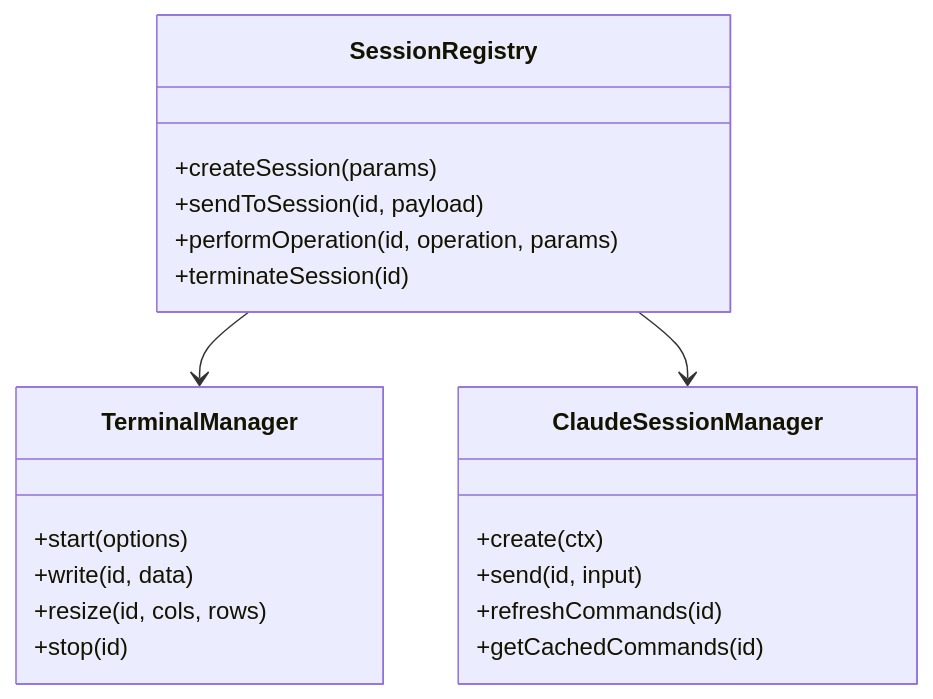
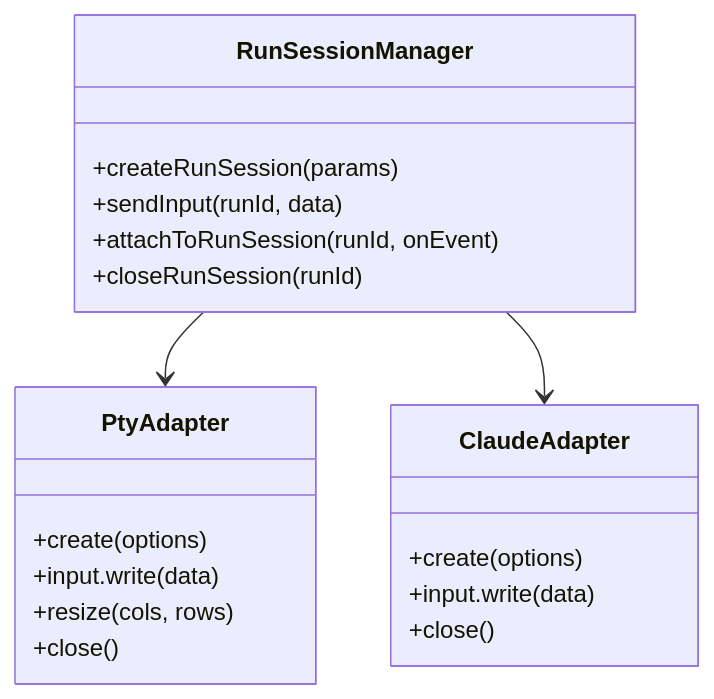
The fifth of 13 diagrams in docs/ARCHITECTURE.md (fwdslsh/dispatch), drawn with Mermaid before and after one commit. The commit also changed other lines of this file and 56 other files, not shown here.

````diff
--- a/docs/ARCHITECTURE.md
+++ b/docs/ARCHITECTURE.md
@@ -306,26 +296,25 @@
 ```mermaid
 classDiagram
-    class SessionRegistry {
-        +createSession(params)
-        +sendToSession(id, payload)
-        +performOperation(id, operation, params)
-        +terminateSession(id)
+    class RunSessionManager {
+        +createRunSession(params)
+        +sendInput(runId, data)
+        +attachToRunSession(runId, onEvent)
+        +closeRunSession(runId)
     }
 
-    class TerminalManager {
-        +start(options)
-        +write(id, data)
-        +resize(id, cols, rows)
-        +stop(id)
+    class PtyAdapter {
+        +create(options)
+        +input.write(data)
+        +resize(cols, rows)
+        +close()
     }
 
-    class ClaudeSessionManager {
-        +create(ctx)
-        +send(id, input)
-        +refreshCommands(id)
-        +getCachedCommands(id)
+    class ClaudeAdapter {
+        +create(options)
+        +input.write(data)
+        +close()
     }
 
-    SessionRegistry --> TerminalManager
-    SessionRegistry --> ClaudeSessionManager
+    RunSessionManager --> PtyAdapter
+    RunSessionManager --> ClaudeAdapter
 ```
````
